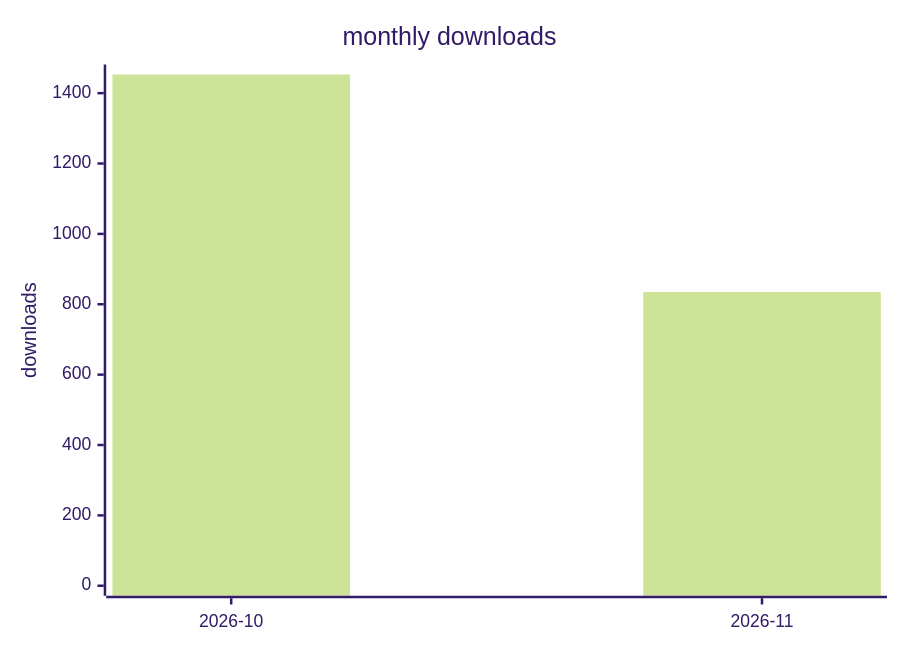
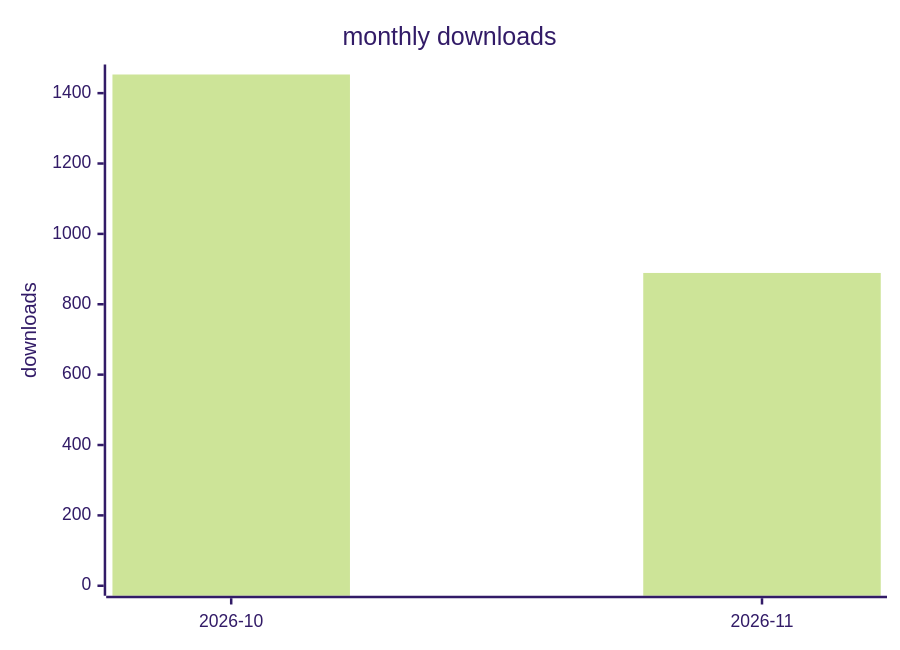
One commit to terry2010/dsh-loop-recover changed the second of 2 diagrams in docs/downloads-2026.md. Above: the diagram before and after it, drawn with Mermaid (forest theme). The commit also changed other lines of this file and 1 other file, not shown here.

````diff
--- a/docs/downloads-2026.md
+++ b/docs/downloads-2026.md
@@ -29,7 +29,7 @@
 ```mermaid
 xychart-beta
     title "monthly downloads"
     x-axis ["2026-10", "2026-11"]
     y-axis "downloads" 0 --> 1453
-    bar [1453, 835]
+    bar [1453, 889]
 ```
````
